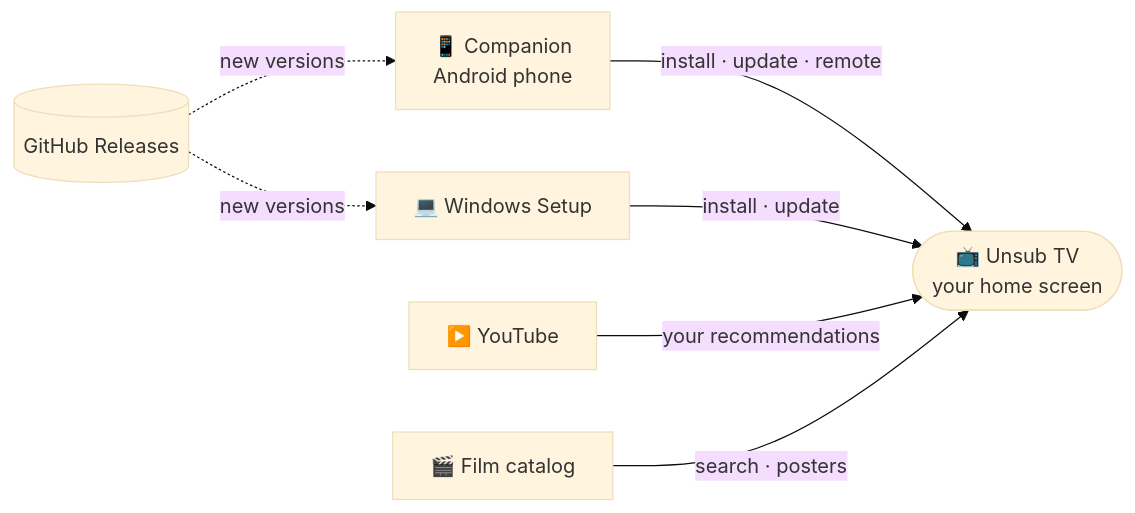
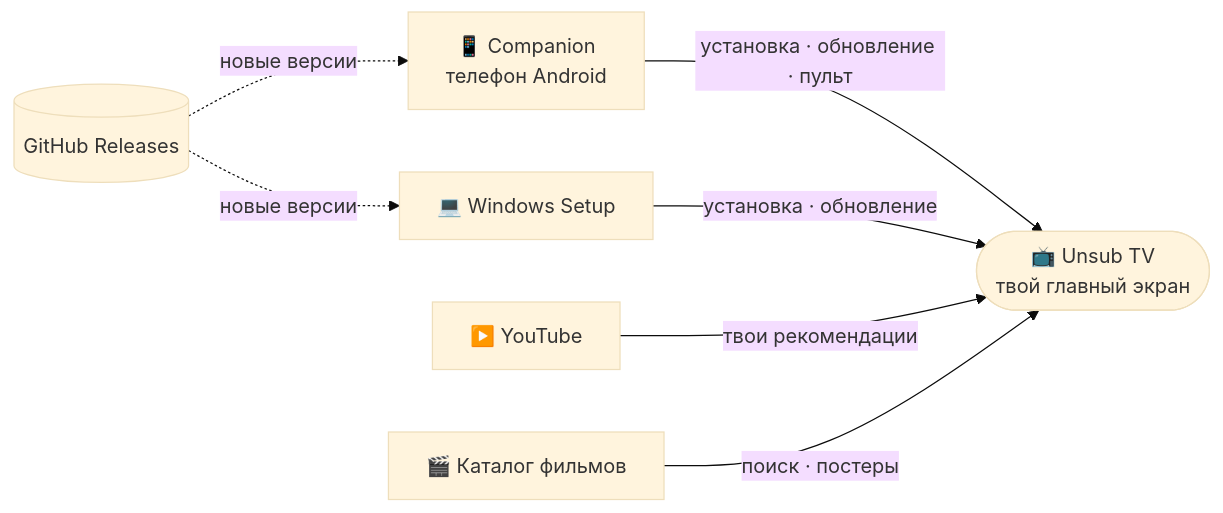
Before and after one commit to Startupingarage/unsub-tv-releases: the diagram in README.md, drawn with Mermaid (base theme). The commit also changed other lines of this file and 2 other files, not shown here.

````diff
--- a/README.md
+++ b/README.md
@@ -159,10 +159,10 @@
 ```mermaid
 flowchart LR
-    phone["📱 Companion<br/>Android phone"] -- "install · update · remote" --> tv
-    pc["💻 Windows Setup"] -- "install · update" --> tv
-    tv(["📺 Unsub TV<br/>your home screen"])
-    yt["▶️ YouTube"] -- "your recommendations" --> tv
-    films["🎬 Film catalog"] -- "search · posters" --> tv
-    rel[("GitHub Releases")] -. "new versions" .-> phone
-    rel -. "new versions" .-> pc
+    phone["📱 Companion<br/>телефон Android"] -- "установка · обновление · пульт" --> tv
+    pc["💻 Windows Setup"] -- "установка · обновление" --> tv
+    tv(["📺 Unsub TV<br/>твой главный экран"])
+    yt["▶️ YouTube"] -- "твои рекомендации" --> tv
+    films["🎬 Каталог фильмов"] -- "поиск · постеры" --> tv
+    rel[("GitHub Releases")] -. "новые версии" .-> phone
+    rel -. "новые версии" .-> pc
 ```
````
